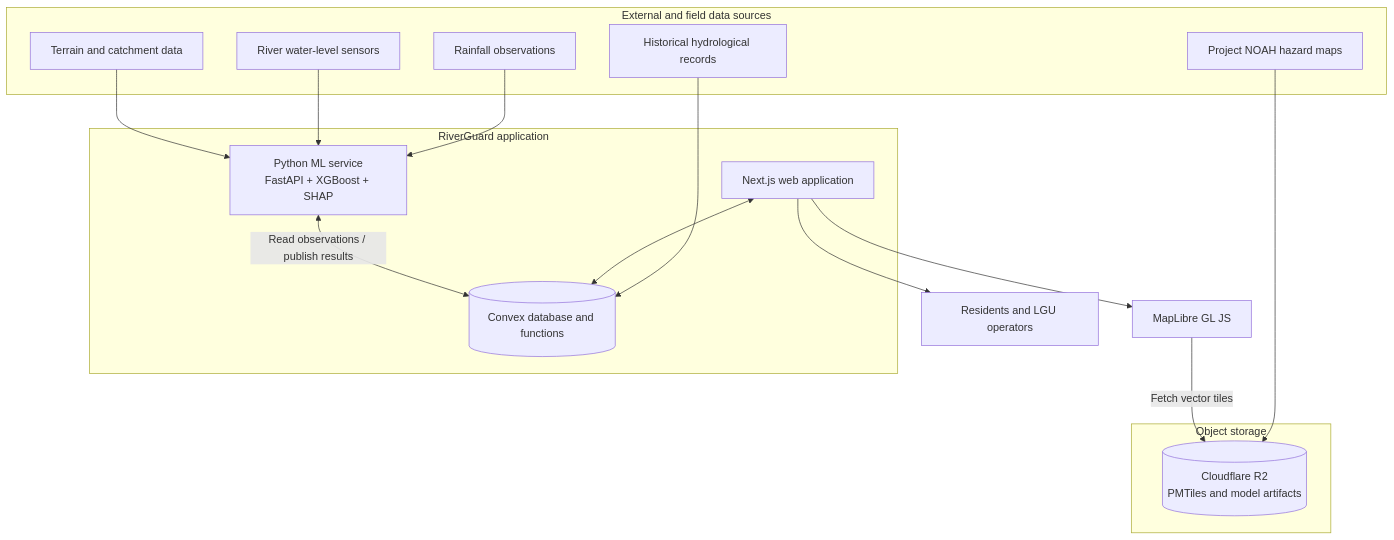
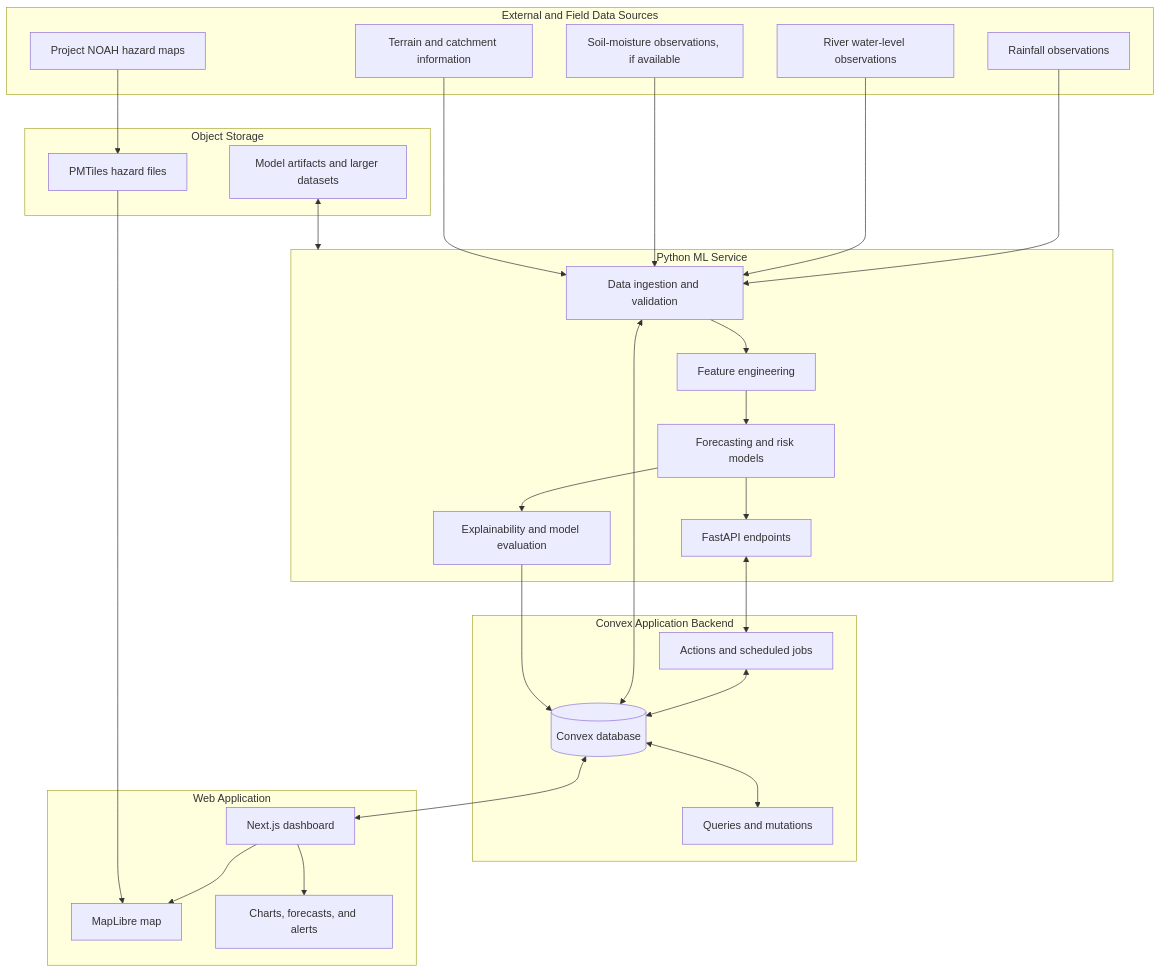
The first of 2 diagrams in README.md (ZealStyx/RiverGuard-dev), drawn with Mermaid before and after one commit. The commit also changed other lines of this file, not shown here.

````diff
--- a/README.md
+++ b/README.md
@@ -86,35 +91,53 @@
 ```mermaid
-flowchart TB
-    subgraph SOURCES[External and field data sources]
-        RAIN[Rainfall observations]
-        LEVEL[River water-level sensors]
-        HIST[Historical hydrological records]
-        TERRAIN[Terrain and catchment data]
-        NOAH[Project NOAH hazard maps]
+flowchart TD
+    subgraph Sources[External and Field Data Sources]
+        R[Rainfall observations]
+        W[River water-level observations]
+        S[Soil-moisture observations, if available]
+        N[Project NOAH hazard maps]
+        T[Terrain and catchment information]
     end
 
-    subgraph APP[RiverGuard application]
-        WEB[Next.js web application]
-        CONVEX[(Convex database and functions)]
-        ML[Python ML service\nFastAPI + XGBoost + SHAP]
+    subgraph ML[Python ML Service]
+        I[Data ingestion and validation]
+        F[Feature engineering]
+        M[Forecasting and risk models]
+        X[Explainability and model evaluation]
+        API[FastAPI endpoints]
+        I --> F --> M --> X
+        M --> API
     end
 
-    subgraph STORAGE[Object storage]
-        R2[(Cloudflare R2\nPMTiles and model artifacts)]
+    subgraph Backend[Convex Application Backend]
+        C[(Convex database)]
+        Q[Queries and mutations]
+        A[Actions and scheduled jobs]
+        C <--> Q
+        A <--> C
     end
 
-    MAP[MapLibre GL JS] 
-    USER[Residents and LGU operators]
+    subgraph Storage[Object Storage]
+        O[PMTiles hazard files]
+        P[Model artifacts and larger datasets]
+    end
 
-    RAIN --> ML
-    LEVEL --> ML
-    HIST --> CONVEX
-    TERRAIN --> ML
-    NOAH --> R2
+    subgraph Web[Web Application]
+        UI[Next.js dashboard]
+        MAP[MapLibre map]
+        CH[Charts, forecasts, and alerts]
+        UI --> MAP
+        UI --> CH
+    end
 
-    WEB <--> CONVEX
-    ML <-->|Read observations / publish results| CONVEX
-    WEB --> MAP
-    MAP -->|Fetch vector tiles| R2
-    WEB --> USER
+    R --> I
+    W --> I
+    S --> I
+    T --> I
+    I <--> C
+    API <--> A
+    X --> C
+    N --> O
+    P <--> ML
+    C <--> UI
+    O --> MAP
 ```
````
